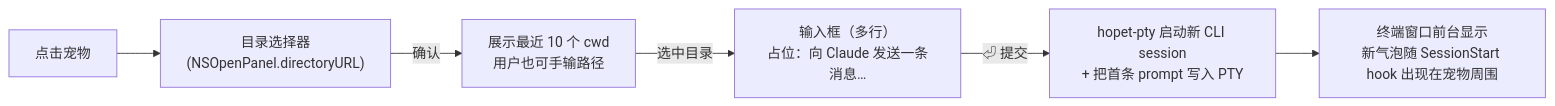
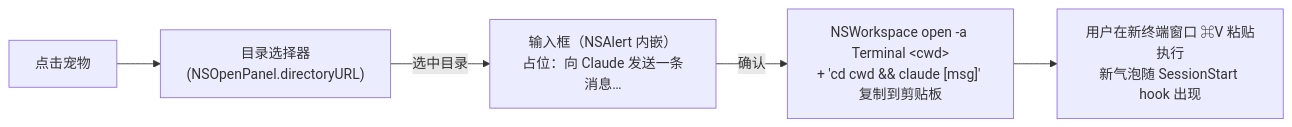
Before and after one commit to BinaryFroggy/Hopet: the second of 3 diagrams in devDocs/features.md, drawn with Mermaid. The commit also changed other lines of this file and 8 other files, not shown here.

````diff
--- a/devDocs/features.md
+++ b/devDocs/features.md
@@ -180,8 +175,7 @@
 ```mermaid
 flowchart LR
     Click["点击宠物"] --> Picker["目录选择器<br/>(NSOpenPanel.directoryURL)"]
-    Picker -->|确认| Recent["展示最近 10 个 cwd<br/>用户也可手输路径"]
-    Recent -->|选中目录| Input["输入框（多行）<br/>占位：向 Claude 发送一条消息…"]
-    Input -->|⏎ 提交| Spawn["hopet-pty 启动新 CLI session<br/>+ 把首条 prompt 写入 PTY"]
-    Spawn --> Term["终端窗口前台显示<br/>新气泡随 SessionStart hook 出现在宠物周围"]
+    Picker -->|选中目录| Input["输入框（NSAlert 内嵌）<br/>占位：向 Claude 发送一条消息…"]
+    Input -->|确认| Open["NSWorkspace open -a Terminal &lt;cwd&gt;<br/>+ 'cd cwd && claude [msg]' 复制到剪贴板"]
+    Open --> Term["用户在新终端窗口 ⌘V 粘贴执行<br/>新气泡随 SessionStart hook 出现"]
 ```
````
